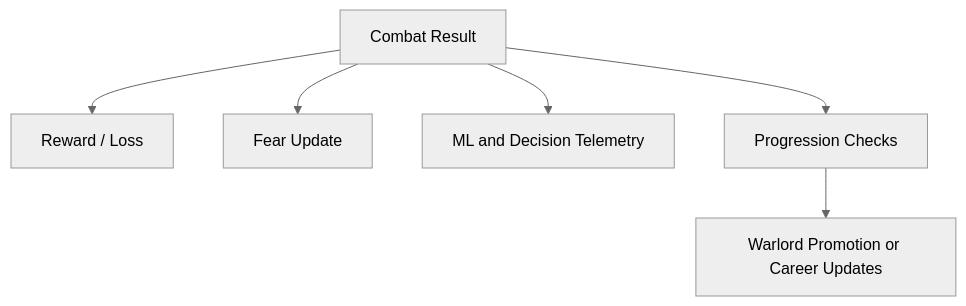
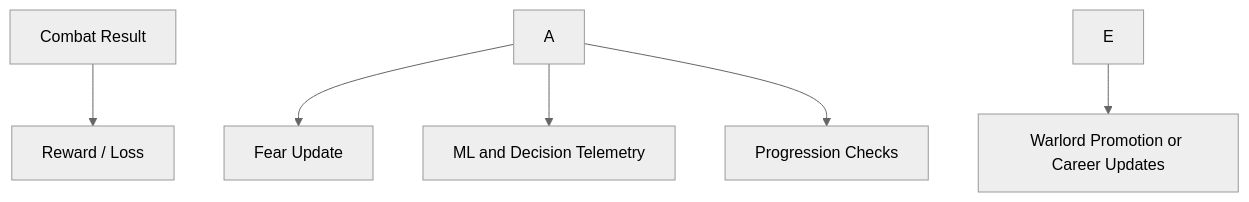
The fourth of 5 diagrams in src/BanditMilitias/Documentation/SystemFlowTree.md (MrNghtoveng/bannerlord-BanditMilitias-WARLORD-mod), drawn with Mermaid (neutral theme) before and after one commit. The commit also changed other lines of this file and 44 other files, not shown here.

````diff
--- a/src/BanditMilitias/Documentation/SystemFlowTree.md
+++ b/src/BanditMilitias/Documentation/SystemFlowTree.md
@@ -56,8 +80,8 @@
 ```mermaid
 graph TD
-    A[Combat Result] --> B[Reward / Loss]
-    A --> C[Fear Update]
-    A --> D[ML and Decision Telemetry]
-    A --> E[Progression Checks]
-    E --> F[Warlord Promotion or Career Updates]
+    A\[Combat Result] --> B\[Reward / Loss]
+    A --> C\[Fear Update]
+    A --> D\[ML and Decision Telemetry]
+    A --> E\[Progression Checks]
+    E --> F\[Warlord Promotion or Career Updates]
 ```
````
